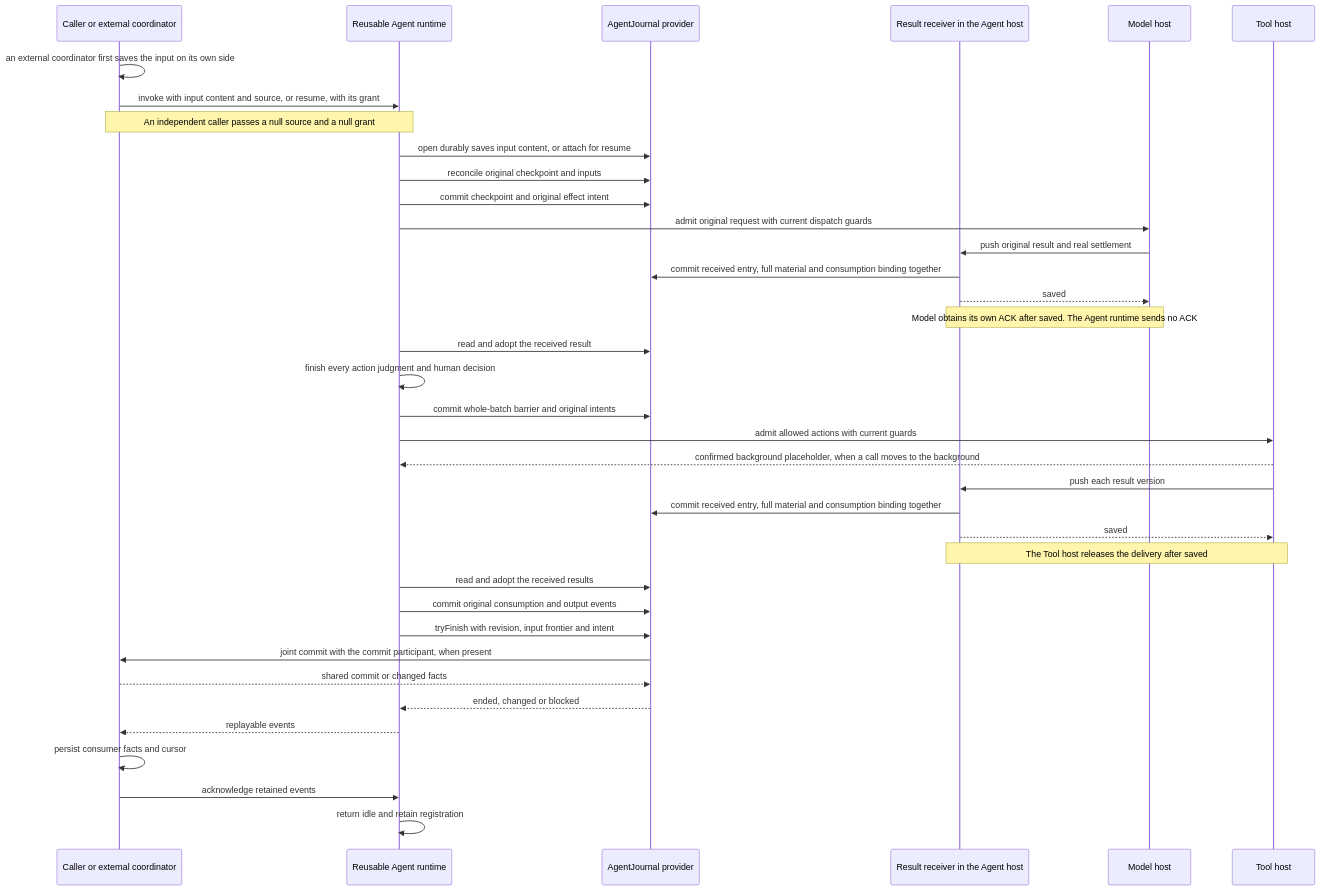
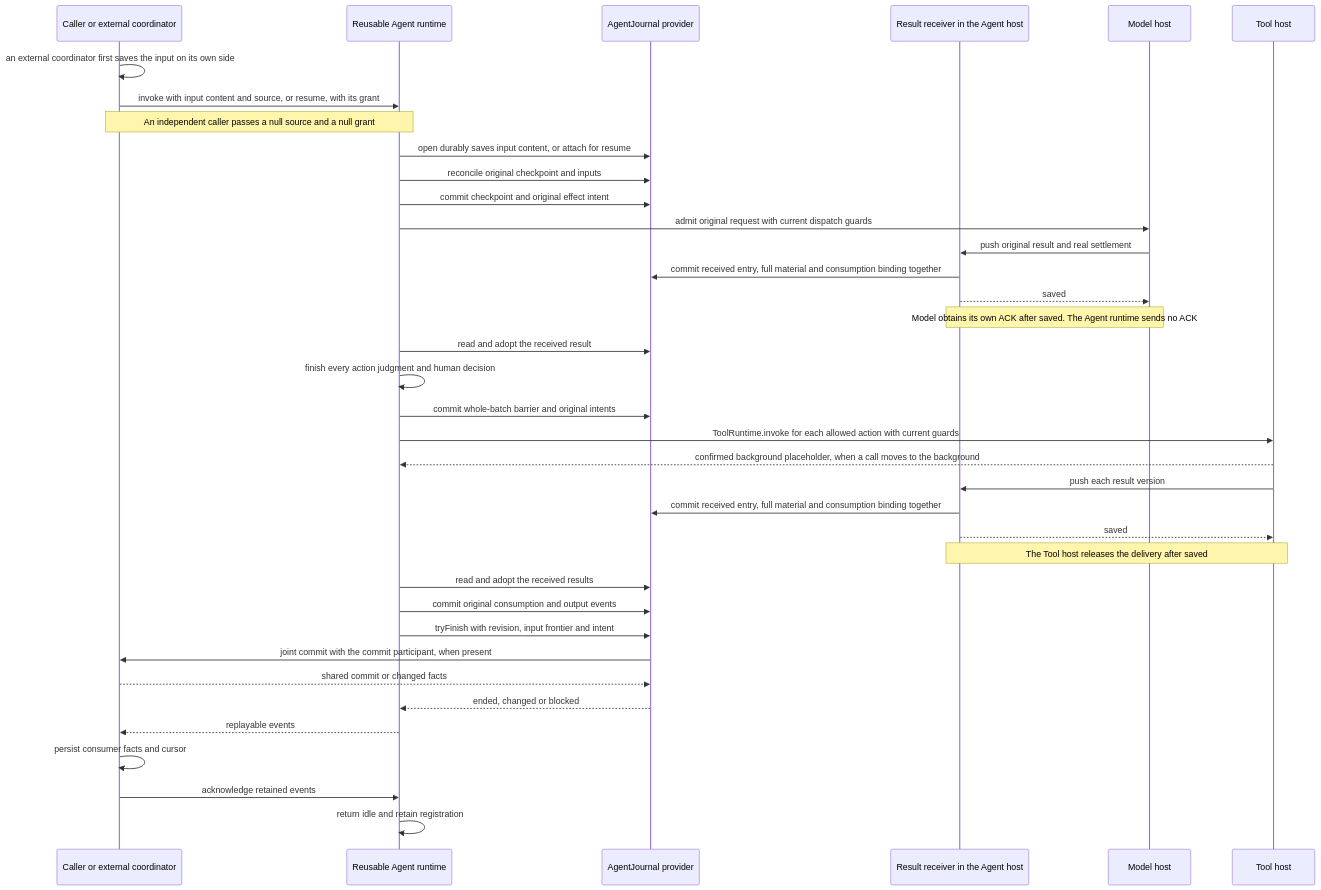
One commit to nemori-ai/omne-harness-lite changed the fourth of 6 diagrams in packages/agent/agent-contract/docs/context.md. Above: the diagram before and after it, drawn with Mermaid. The commit also changed 19 other files, not shown here.

````diff
--- a/packages/agent/agent-contract/docs/context.md
+++ b/packages/agent/agent-contract/docs/context.md
@@ -110,39 +110,39 @@
 ```mermaid
 sequenceDiagram
   participant S as Caller or external coordinator
   participant A as Reusable Agent runtime
   participant J as AgentJournal provider
   participant R as Result receiver in the Agent host
   participant M as Model host
   participant T as Tool host
   S->>S: an external coordinator first saves the input on its own side
   S->>A: invoke with input content and source, or resume, with its grant
   Note over S,A: An independent caller passes a null source and a null grant
   A->>J: open durably saves input content, or attach for resume
   A->>J: reconcile original checkpoint and inputs
   A->>J: commit checkpoint and original effect intent
   A->>M: admit original request with current dispatch guards
   M->>R: push original result and real settlement
   R->>J: commit received entry, full material and consumption binding together
   R-->>M: saved
   Note over R,M: Model obtains its own ACK after saved. The Agent runtime sends no ACK
   A->>J: read and adopt the received result
   A->>A: finish every action judgment and human decision
   A->>J: commit whole-batch barrier and original intents
-  A->>T: admit allowed actions with current guards
+  A->>T: ToolRuntime.invoke for each allowed action with current guards
   T-->>A: confirmed background placeholder, when a call moves to the background
   T->>R: push each result version
   R->>J: commit received entry, full material and consumption binding together
   R-->>T: saved
   Note over R,T: The Tool host releases the delivery after saved
   A->>J: read and adopt the received results
   A->>J: commit original consumption and output events
   A->>J: tryFinish with revision, input frontier and intent
   J->>S: joint commit with the commit participant, when present
   S-->>J: shared commit or changed facts
   J-->>A: ended, changed or blocked
   A-->>S: replayable events
   S->>S: persist consumer facts and cursor
   S->>A: acknowledge retained events
   A->>A: return idle and retain registration
 ```
````
